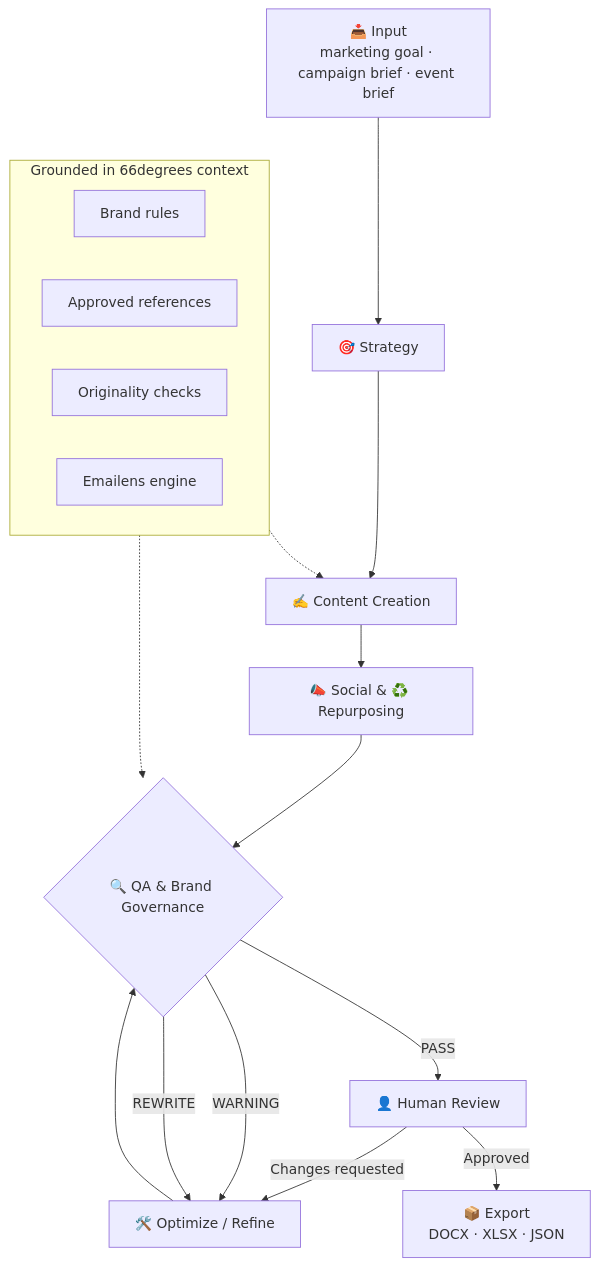
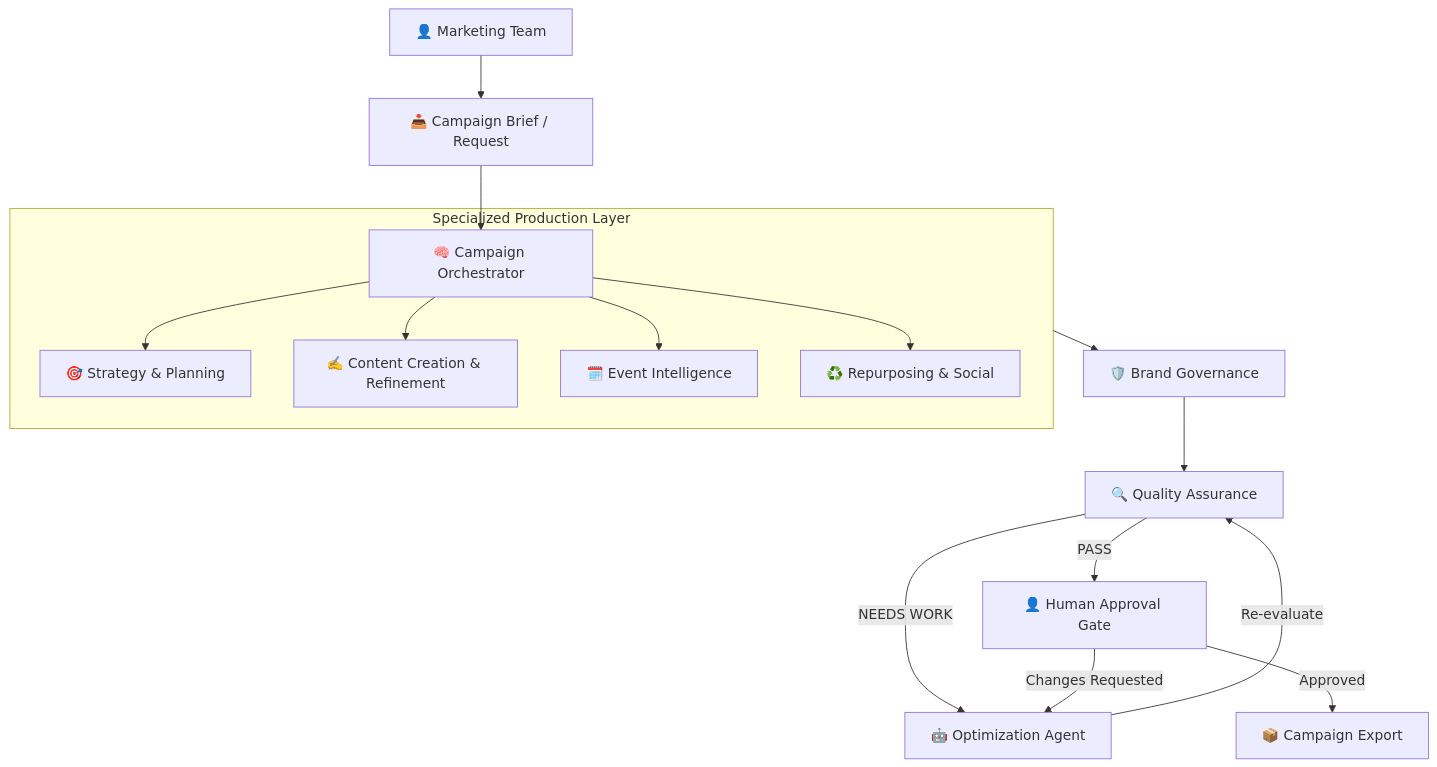
The first of 6 diagrams in README.md (eneelkant/66degrees-content-marketing), drawn with Mermaid before and after one commit. The commit also changed other lines of this file, not shown here.

````diff
--- a/README.md
+++ b/README.md
@@ -76,26 +13,22 @@
 ```mermaid
 flowchart TD
-    A["📥 Input<br/>marketing goal · campaign brief · event brief"] --> B["🎯 Strategy"]
-    B --> C["✍️ Content Creation"]
-    C --> S["📣 Social & ♻️ Repurposing"]
-    S --> QA{"🔍 QA & Brand Governance"}
+    TEAM[👤 Marketing Team] --> BRIEF[📥 Campaign Brief / Request]
+    BRIEF --> ORCH[🧠 Campaign Orchestrator]
 
-    QA -->|PASS| HR["👤 Human Review"]
-    QA -->|WARNING| OPT["🛠️ Optimize / Refine"]
-    QA -->|REWRITE| OPT
-    OPT --> QA
-
-    HR -->|Approved| EX["📦 Export<br/>DOCX · XLSX · JSON"]
-    HR -->|Changes requested| OPT
-
-    subgraph GROUND [" Grounded in 66degrees context "]
-        direction LR
-        G1["Brand rules"]
-        G2["Approved references"]
-        G3["Originality checks"]
-        G4["Emailens engine"]
+    subgraph Execution["Specialized Production Layer"]
+        ORCH --> STRAT[🎯 Strategy & Planning]
+        ORCH --> CONTENT[✍️ Content Creation & Refinement]
+        ORCH --> EVENT[🗓️ Event Intelligence]
+        ORCH --> REPURPOSE[♻️ Repurposing & Social]
     end
 
-    GROUND -.-> C
-    GROUND -.-> QA
+    Execution --> BRAND[🛡️ Brand Governance]
+    BRAND --> QA[🔍 Quality Assurance]
+
+    QA -->|NEEDS WORK| OPTIM[🤖 Optimization Agent]
+    OPTIM -->|Re-evaluate| QA
+
+    QA -->|PASS| APPROVAL[👤 Human Approval Gate]
+    APPROVAL -->|Changes Requested| OPTIM
+    APPROVAL -->|Approved| EXPORT[📦 Campaign Export]
 ```
````
